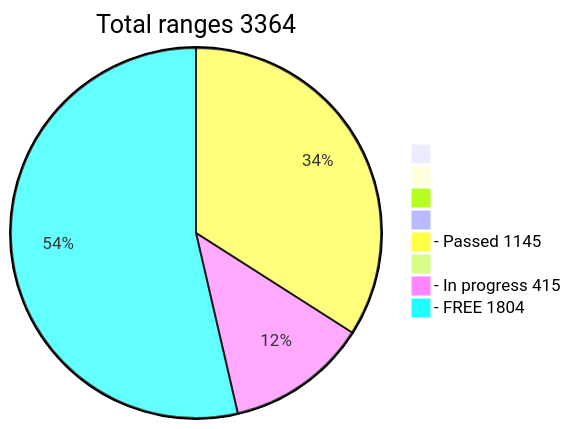
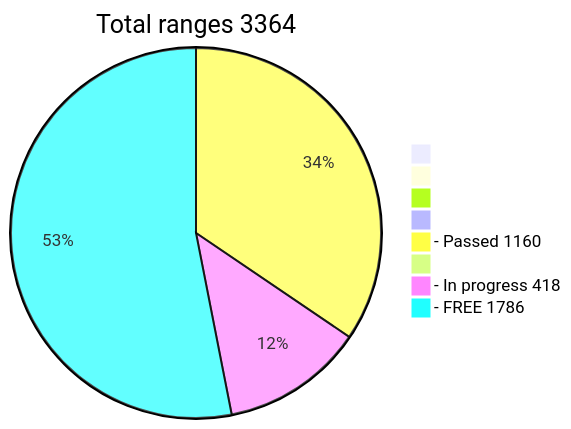
Before and after one commit to phrutis/wif500: the diagram in README.md, drawn with Mermaid.

````diff
--- a/README.md
+++ b/README.md
@@ -16,12 +16,12 @@
 ```mermaid
 pie title Total ranges 3364
              " " : 0
             "  " : 0
            "   " : 0
           "    " : 0
-  "- Passed 1145" : 1145
+  "- Passed 1160" : 1160
          "     " : 0
-  "- In progress 415" : 415
-   "- FREE 1804" : 1804
+  "- In progress 418" : 418
+   "- FREE 1786" : 1786
    
 ```
````
